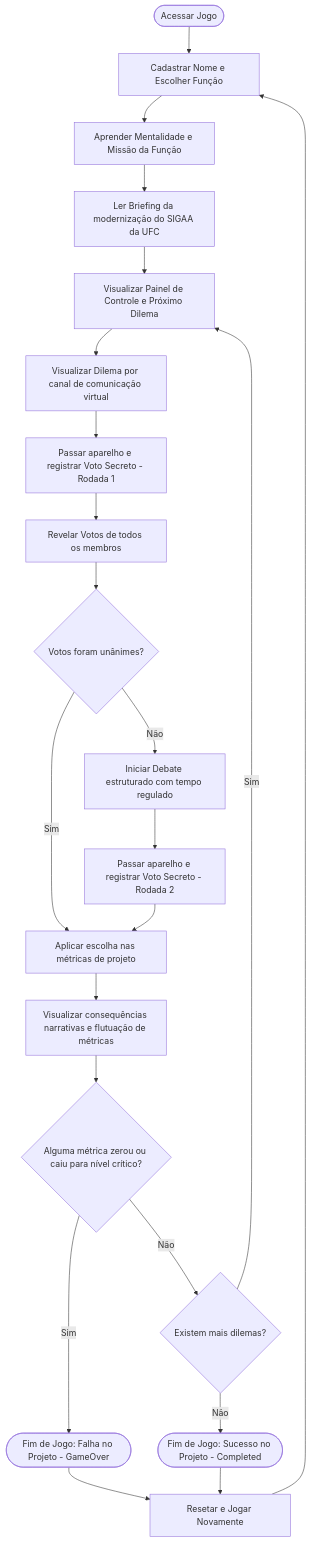
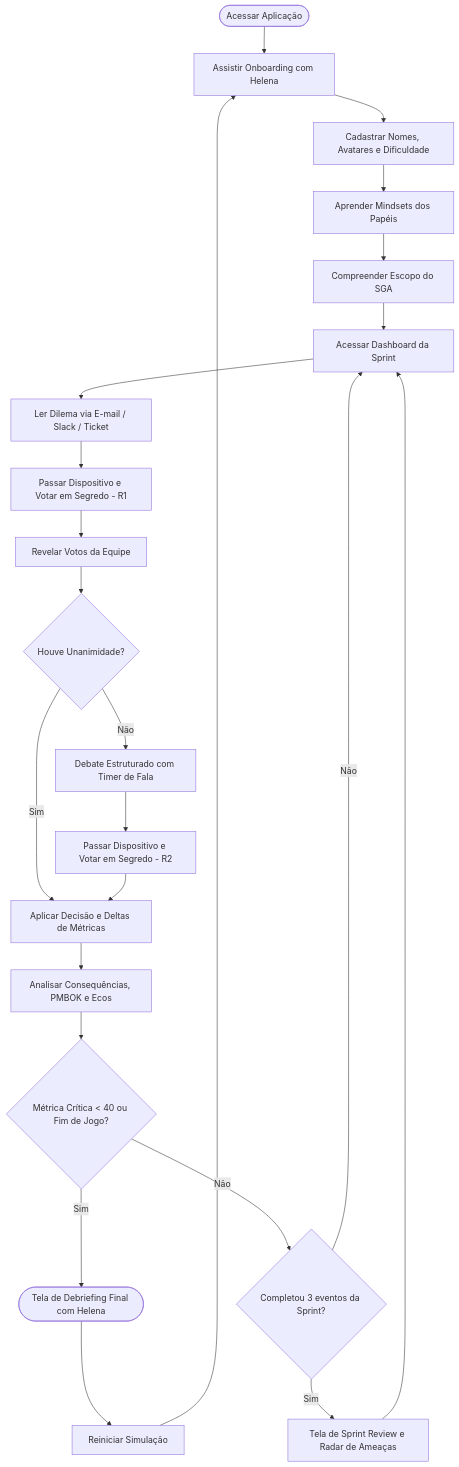
The fifth of 7 diagrams in documentacao_tecnica_tcc2.md (samuelcosta-pd/hardworkmanager), drawn with Mermaid before and after one commit. The commit also changed other lines of this file and 19 other files, not shown here.

````diff
--- a/documentacao_tecnica_tcc2.md
+++ b/documentacao_tecnica_tcc2.md
@@ -549,34 +688,35 @@
 ```mermaid
 graph TD
-    Start([Acessar Jogo]) --> Setup[Cadastrar Nome e Escolher Função]
-    Setup --> Role[Aprender Mentalidade e Missão da Função]
-    Role --> Briefing[Ler Briefing da modernização do SIGAA da UFC]
+    Start([Acessar Aplicação]) --> Onboard[Assistir Onboarding com Helena]
+    Onboard --> Setup[Cadastrar Nomes, Avatares e Dificuldade]
+    Setup --> Roles[Aprender Mindsets dos Papéis]
+    Roles --> Brief[Compreender Escopo do SGA]
     
-    Briefing --> Dash[Visualizar Painel de Controle e Próximo Dilema]
-    Dash --> Dilema[Visualizar Dilema por canal de comunicação virtual]
+    Brief --> Dash[Acessar Dashboard da Sprint]
+    Dash --> Dilemma[Ler Dilema via E-mail / Slack / Ticket]
     
-    Dilema --> Vote1[Passar aparelho e registrar Voto Secreto - Rodada 1]
-    Vote1 --> Reveal[Revelar Votos de todos os membros]
+    Dilemma --> Vote1[Passar Dispositivo e Votar em Segredo - R1]
+    Vote1 --> Reveal[Revelar Votos da Equipe]
     
-    Reveal --> CheckUnanimous{Votos foram unânimes?}
+    Reveal --> CheckConsensus{Houve Unanimidade?}
     
-    CheckUnanimous -->|Sim| Apply[Aplicar escolha nas métricas de projeto]
-    CheckUnanimous -->|Não| Debate[Iniciar Debate estruturado com tempo regulado]
+    CheckConsensus -->|Sim| Resolve[Aplicar Decisão e Deltas de Métricas]
+    CheckConsensus -->|Não| Debate[Debate Estruturado com Timer de Fala]
     
-    Debate --> Vote2[Passar aparelho e registrar Voto Secreto - Rodada 2]
-    Vote2 --> Apply
+    Debate --> Vote2[Passar Dispositivo e Votar em Segredo - R2]
+    Vote2 --> Resolve
     
-    Apply --> ShowFeedback[Visualizar consequências narrativas e flutuação de métricas]
+    Resolve --> Feedback[Analisar Consequências, PMBOK e Ecos]
     
-    ShowFeedback --> CheckDead{Alguma métrica zerou ou caiu para nível crítico?}
+    Feedback --> CheckStatus{Métrica Crítica < 40 ou Fim de Jogo?}
     
-    CheckDead -->|Sim| Lose([Fim de Jogo: Falha no Projeto - GameOver])
-    CheckDead -->|Não| CheckMore{Existem mais dilemas?}
+    CheckStatus -->|Sim| EndGame([Tela de Debriefing Final com Helena])
+    CheckStatus -->|Não| CheckSprint{Completou 3 eventos da Sprint?}
     
-    CheckMore -->|Sim| Dash
-    CheckMore -->|Não| Win([Fim de Jogo: Sucesso no Projeto - Completed])
+    CheckSprint -->|Sim| SprintReview[Tela de Sprint Review e Radar de Ameaças]
+    CheckSprint -->|Não| Dash
     
-    Lose --> Reset[Resetar e Jogar Novamente]
-    Win --> Reset
-    Reset --> Setup
+    SprintReview --> Dash
+    EndGame --> Reset[Reiniciar Simulação]
+    Reset --> Onboard
 ```
````
